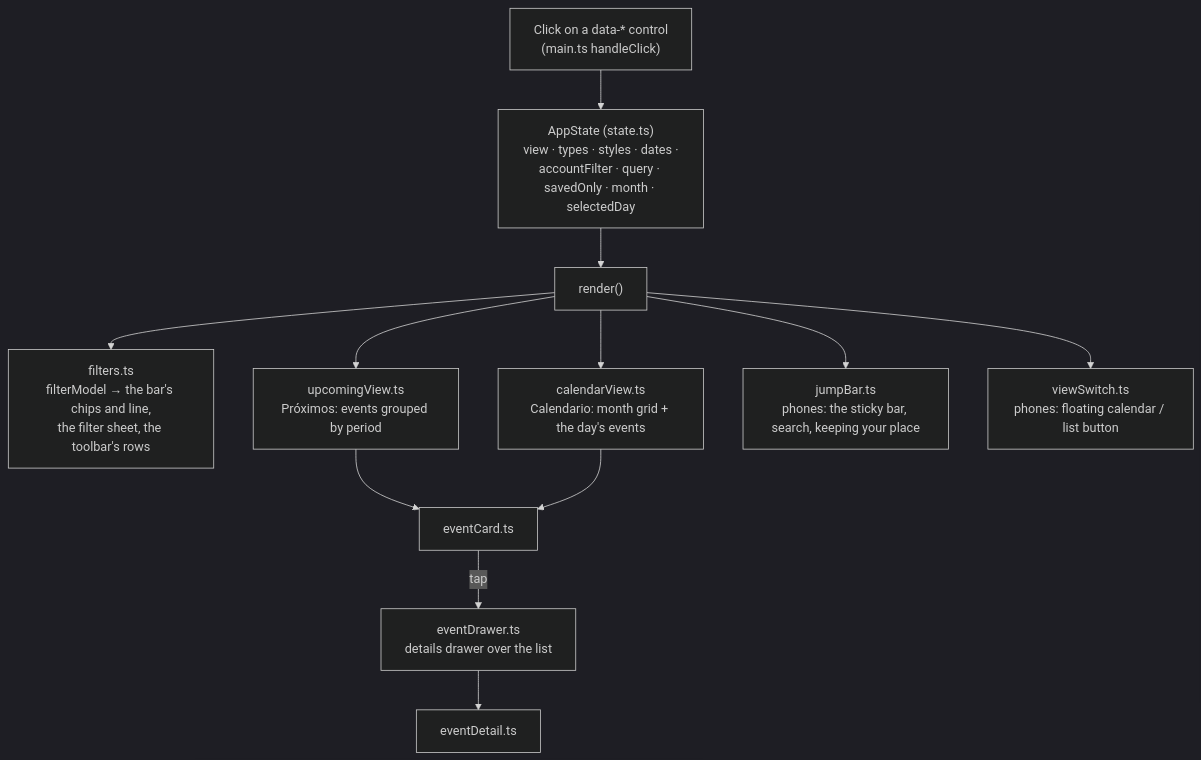
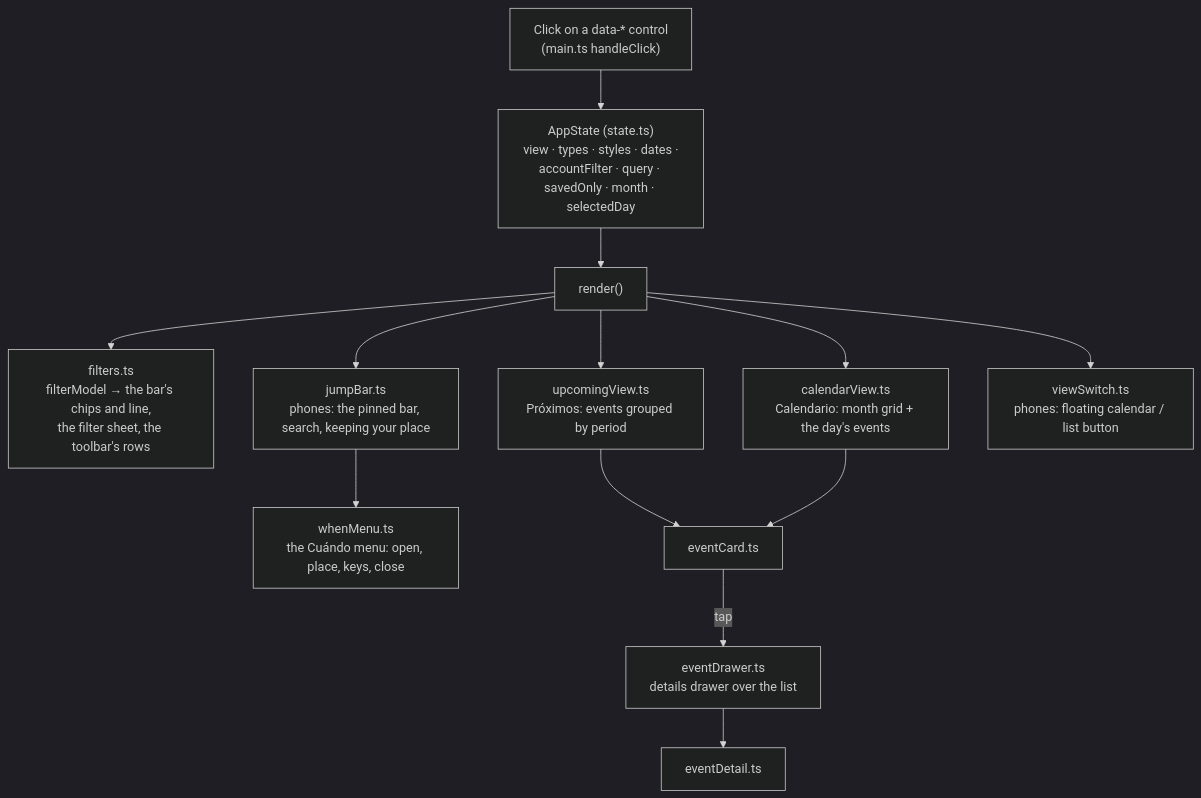
Before and after one commit to pa-bailar/pa-bailar.github.io: the seventh of 9 diagrams in docs/ARCHITECTURE.md, drawn with Mermaid (dark theme). The commit also changed other lines of this file and 20 other files, not shown here.

First line of the commit message:
feat: pinned filter bar with a "Cuándo" date menu, and a new Detalles button (#83)

````diff
--- a/docs/ARCHITECTURE.md
+++ b/docs/ARCHITECTURE.md
@@ -349,15 +350,16 @@
 ```mermaid
 flowchart TD
     ST["AppState (state.ts)<br/>view · types · styles · dates ·<br/>accountFilter · query · savedOnly · month · selectedDay"]
     CLICK["Click on a data-* control<br/>(main.ts handleClick)"] --> ST
     ST --> R["render()"]
     R --> F["filters.ts<br/>filterModel → the bar's chips and line,<br/>the filter sheet, the toolbar's rows"]
     R --> U["upcomingView.ts<br/>Próximos: events grouped by period"]
     R --> C["calendarView.ts<br/>Calendario: month grid + the day's events"]
-    R --> J["jumpBar.ts<br/>phones: the sticky bar, search, keeping your place"]
+    R --> J["jumpBar.ts<br/>phones: the pinned bar, search, keeping your place"]
+    J --> WM["whenMenu.ts<br/>the Cuándo menu: open, place, keys, close"]
     R --> VS["viewSwitch.ts<br/>phones: floating calendar / list button"]
     U --> CARD["eventCard.ts"]
     C --> CARD
     CARD -- "tap" --> DLG["eventDrawer.ts<br/>details drawer over the list"]
     DLG --> DET["eventDetail.ts"]
 ```
````
